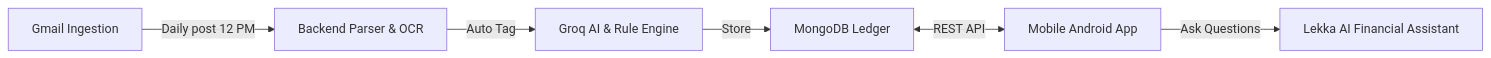
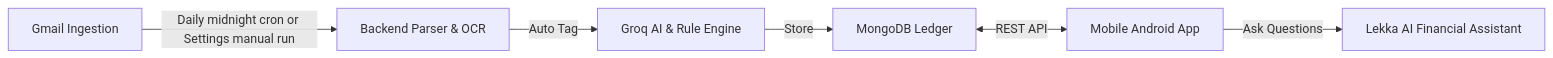
The diagram in README.md (SuryaJanardhan/Lekka), drawn with Mermaid before and after one commit. The commit also changed other lines of this file and 3 other files, not shown here.

Commit message:
Document Gmail ingestion flow

````diff
--- a/README.md
+++ b/README.md
@@ -5,8 +5,8 @@
 ```mermaid
 graph LR
-    A["Gmail Ingestion"] -->|"Daily post 12 PM"| B["Backend Parser & OCR"]
+    A["Gmail Ingestion"] -->|"Daily midnight cron or Settings manual run"| B["Backend Parser & OCR"]
     B -->|"Auto Tag"| C["Groq AI & Rule Engine"]
     C -->|"Store"| D["MongoDB Ledger"]
     D <-->|"REST API"| E["Mobile Android App"]
     E -->|"Ask Questions"| F["Lekka AI Financial Assistant"]
 ```
````
